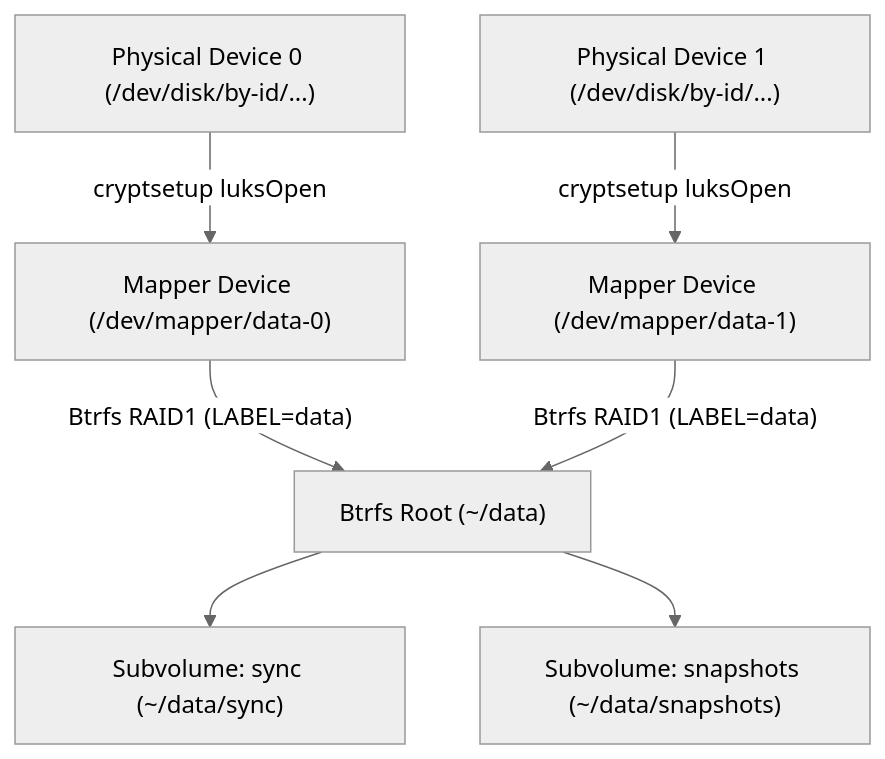
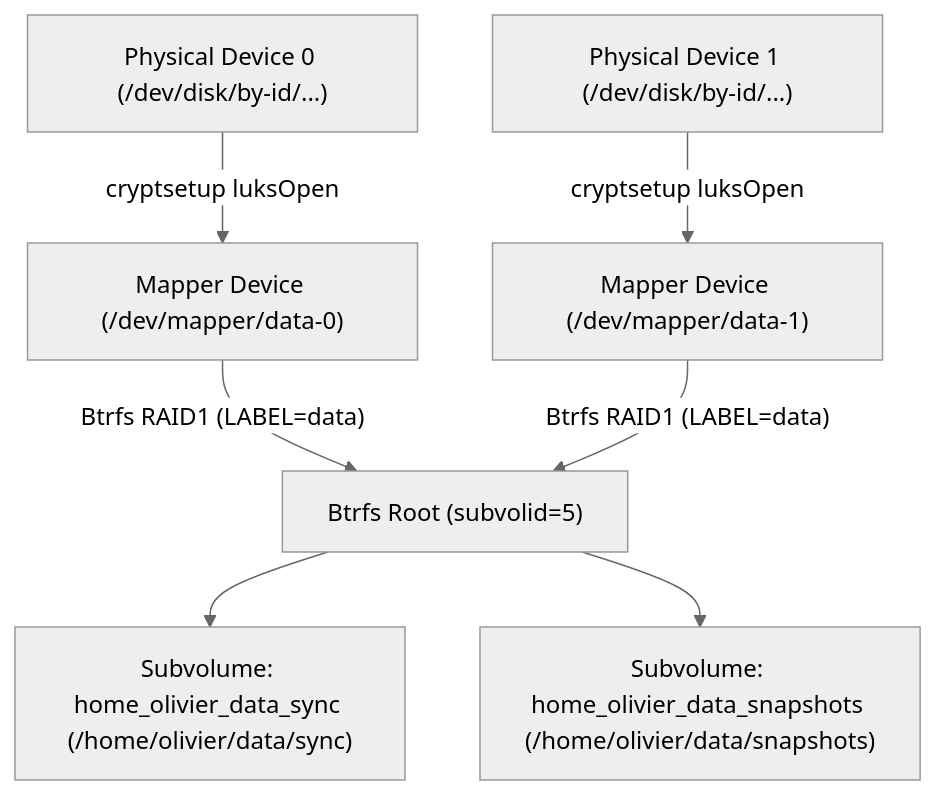
The diagram in docs/disaster-recovery.md (desnoe/domus), drawn with Mermaid (neutral theme) before and after one commit. The commit also changed other lines of this file and 24 other files, not shown here.

Commit message:
feat(storage): use explicit absolute Btrfs subvolume paths and harden RAID1 replacement

````diff
--- a/docs/disaster-recovery.md
+++ b/docs/disaster-recovery.md
@@ -11,9 +11,9 @@
 ```mermaid
 flowchart TD
     Disk0["Physical Device 0 (/dev/disk/by-id/...)"] -->|cryptsetup luksOpen| Mapper0["Mapper Device (/dev/mapper/data-0)"]
     Disk1["Physical Device 1 (/dev/disk/by-id/...)"] -->|cryptsetup luksOpen| Mapper1["Mapper Device (/dev/mapper/data-1)"]
-    Mapper0 -->|"Btrfs RAID1 (LABEL=data)"| BtrfsRoot["Btrfs Root (~/data)"]
+    Mapper0 -->|"Btrfs RAID1 (LABEL=data)"| BtrfsRoot["Btrfs Root (subvolid=5)"]
     Mapper1 -->|"Btrfs RAID1 (LABEL=data)"| BtrfsRoot
-    BtrfsRoot --> SubvolSync["Subvolume: sync (~/data/sync)"]
-    BtrfsRoot --> SubvolSnap["Subvolume: snapshots (~/data/snapshots)"]
+    BtrfsRoot --> SubvolSync["Subvolume: home_olivier_data_sync (/home/olivier/data/sync)"]
+    BtrfsRoot --> SubvolSnap["Subvolume: home_olivier_data_snapshots (/home/olivier/data/snapshots)"]
 ```
````
